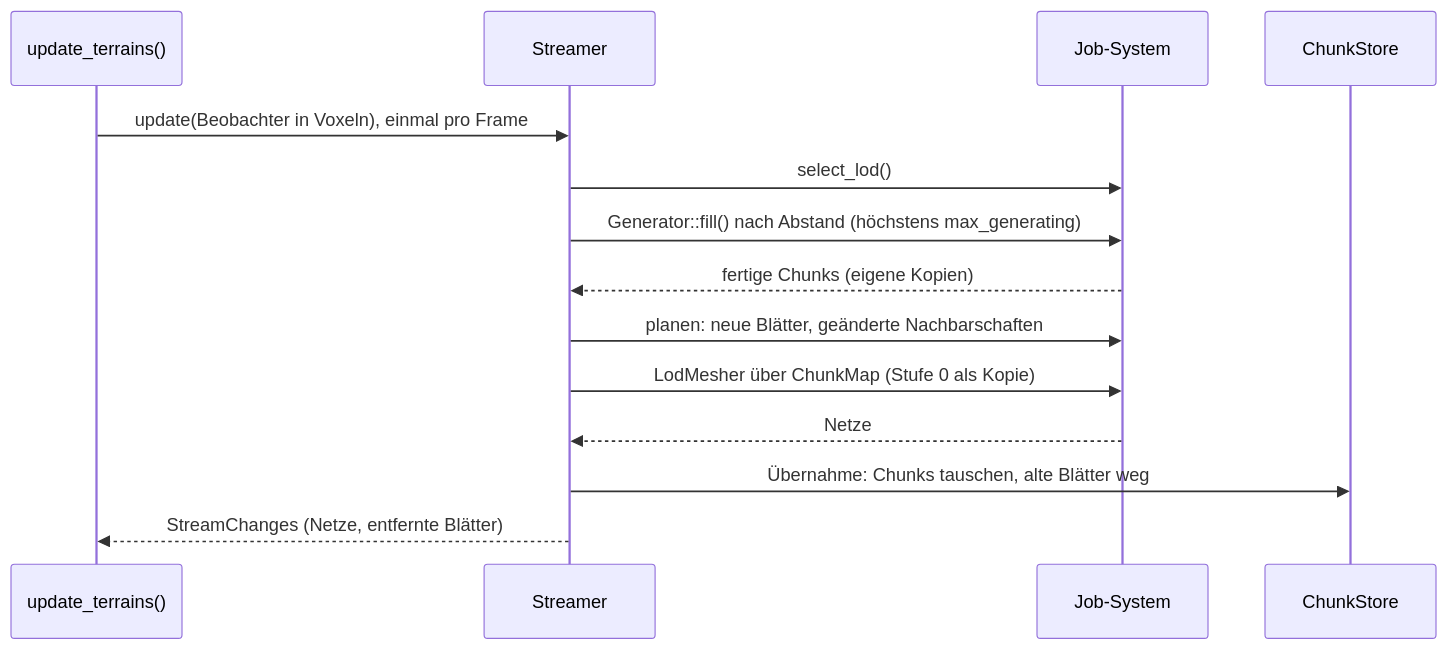
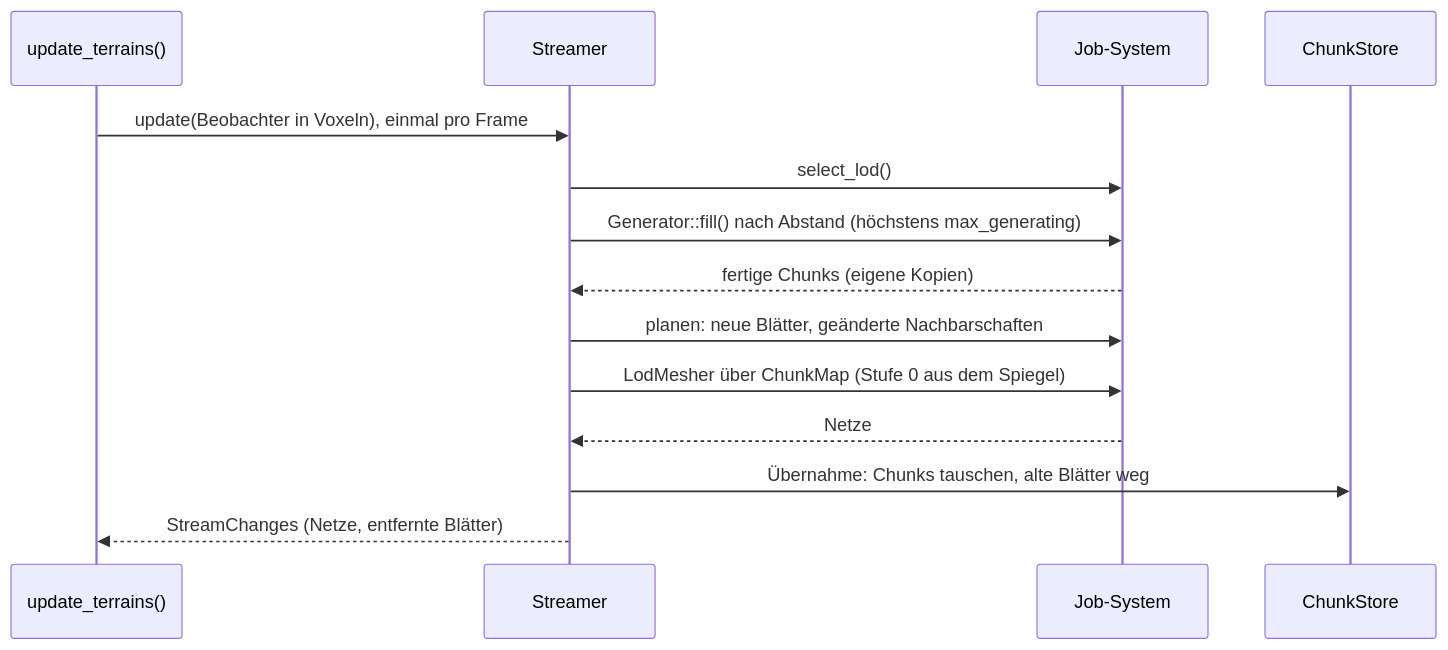
Diagram 13 of 15 in docs/architecture.md (viiez/ngine), drawn with Mermaid before and after one commit. The commit also changed 5 other files, not shown here.

First line of the commit message:
R3.3: Spiegel der Stufe 0 statt Kopien im Hauptthread, Flug misst Teile

````diff
--- a/docs/architecture.md
+++ b/docs/architecture.md
@@ -555,16 +555,16 @@
 ```mermaid
 sequenceDiagram
     participant W as update_terrains()
     participant S as Streamer
     participant J as Job-System
     participant C as ChunkStore
     W->>S: update(Beobachter in Voxeln), einmal pro Frame
     S->>J: select_lod()
     S->>J: Generator::fill() nach Abstand (höchstens max_generating)
     J-->>S: fertige Chunks (eigene Kopien)
     S->>J: planen: neue Blätter, geänderte Nachbarschaften
-    S->>J: LodMesher über ChunkMap (Stufe 0 als Kopie)
+    S->>J: LodMesher über ChunkMap (Stufe 0 aus dem Spiegel)
     J-->>S: Netze
     S->>C: Übernahme: Chunks tauschen, alte Blätter weg
     S-->>W: StreamChanges (Netze, entfernte Blätter)
 ```
````
